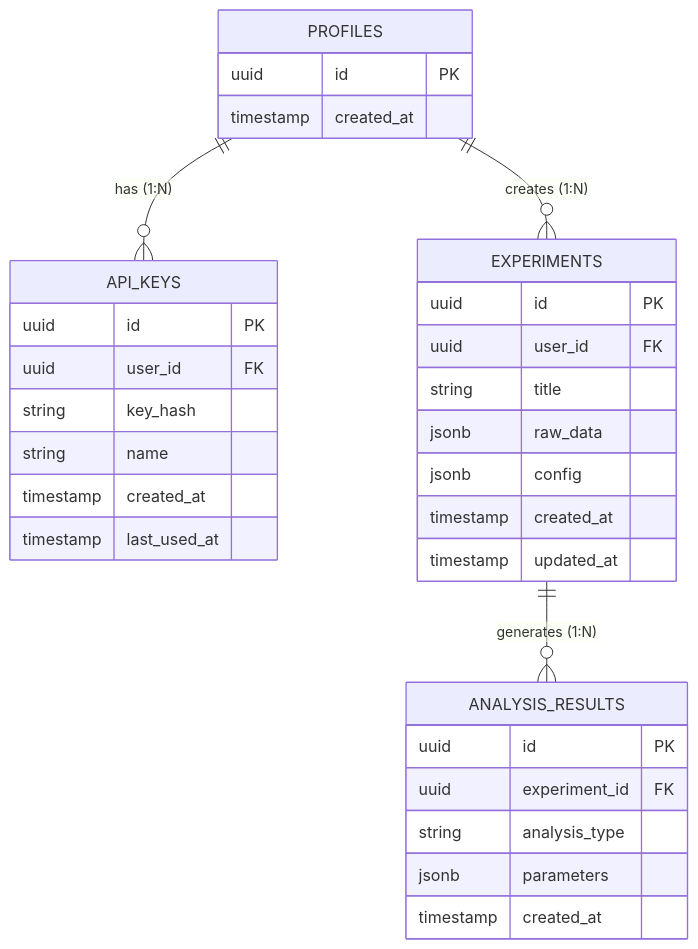
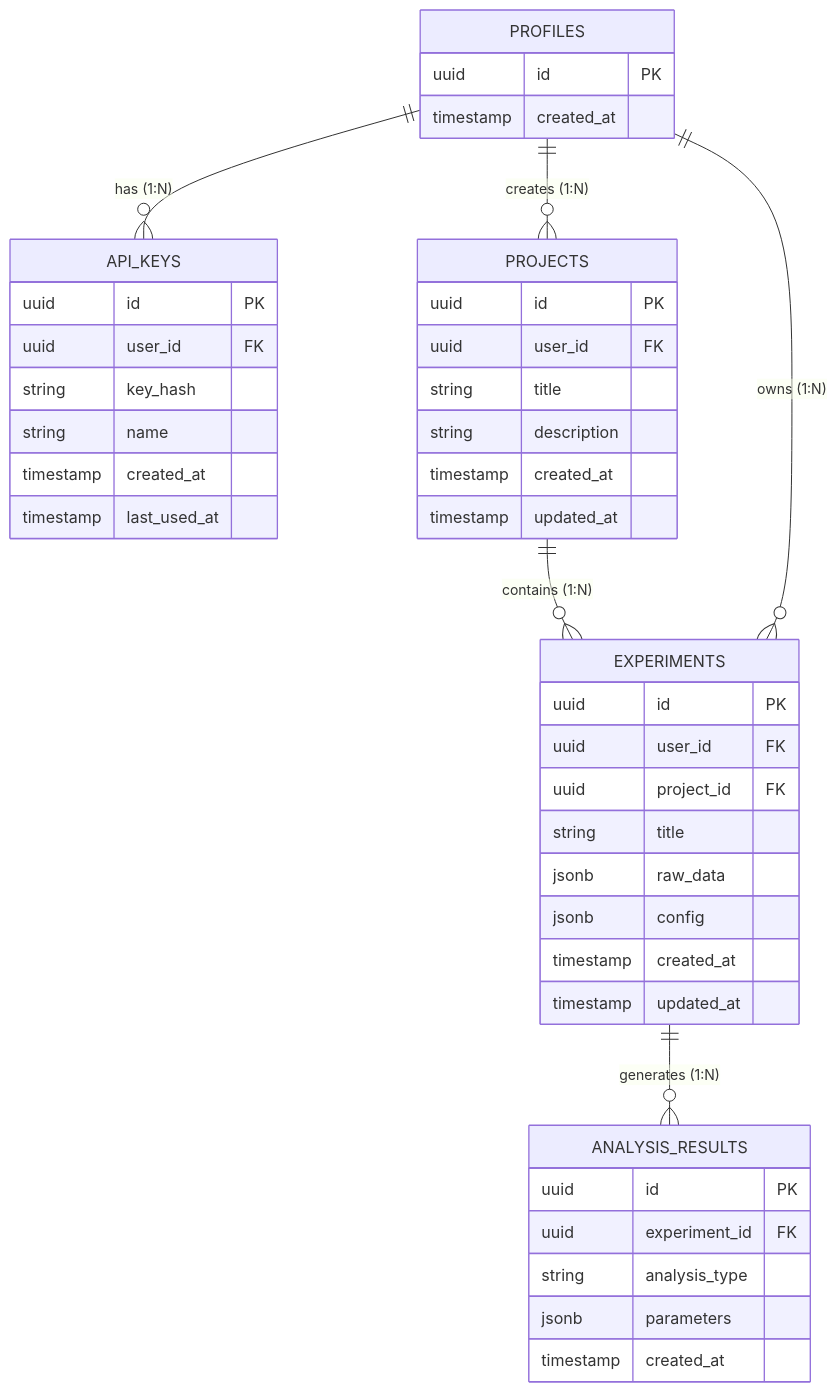
The second of 2 diagrams in PDR.md (whitegauss/analyseapp), drawn with Mermaid before and after one commit. The commit also changed other lines of this file, not shown here.

````diff
--- a/PDR.md
+++ b/PDR.md
@@ -77,34 +80,45 @@
 ```mermaid
 erDiagram
     PROFILES {
         uuid id PK
         timestamp created_at
     }
     API_KEYS {
         uuid id PK
         uuid user_id FK
         string key_hash
         string name
         timestamp created_at
         timestamp last_used_at
     }
+    PROJECTS {
+        uuid id PK
+        uuid user_id FK
+        string title
+        string description
+        timestamp created_at
+        timestamp updated_at
+    }
     EXPERIMENTS {
         uuid id PK
         uuid user_id FK
+        uuid project_id FK
         string title
         jsonb raw_data
         jsonb config
         timestamp created_at
         timestamp updated_at
     }
     ANALYSIS_RESULTS {
         uuid id PK
         uuid experiment_id FK
         string analysis_type
         jsonb parameters
         timestamp created_at
     }
     PROFILES ||--o{ API_KEYS : "has (1:N)"
-    PROFILES ||--o{ EXPERIMENTS : "creates (1:N)"
+    PROFILES ||--o{ PROJECTS : "creates (1:N)"
+    PROJECTS ||--o{ EXPERIMENTS : "contains (1:N)"
+    PROFILES ||--o{ EXPERIMENTS : "owns (1:N)"
     EXPERIMENTS ||--o{ ANALYSIS_RESULTS : "generates (1:N)"
 ```
````
